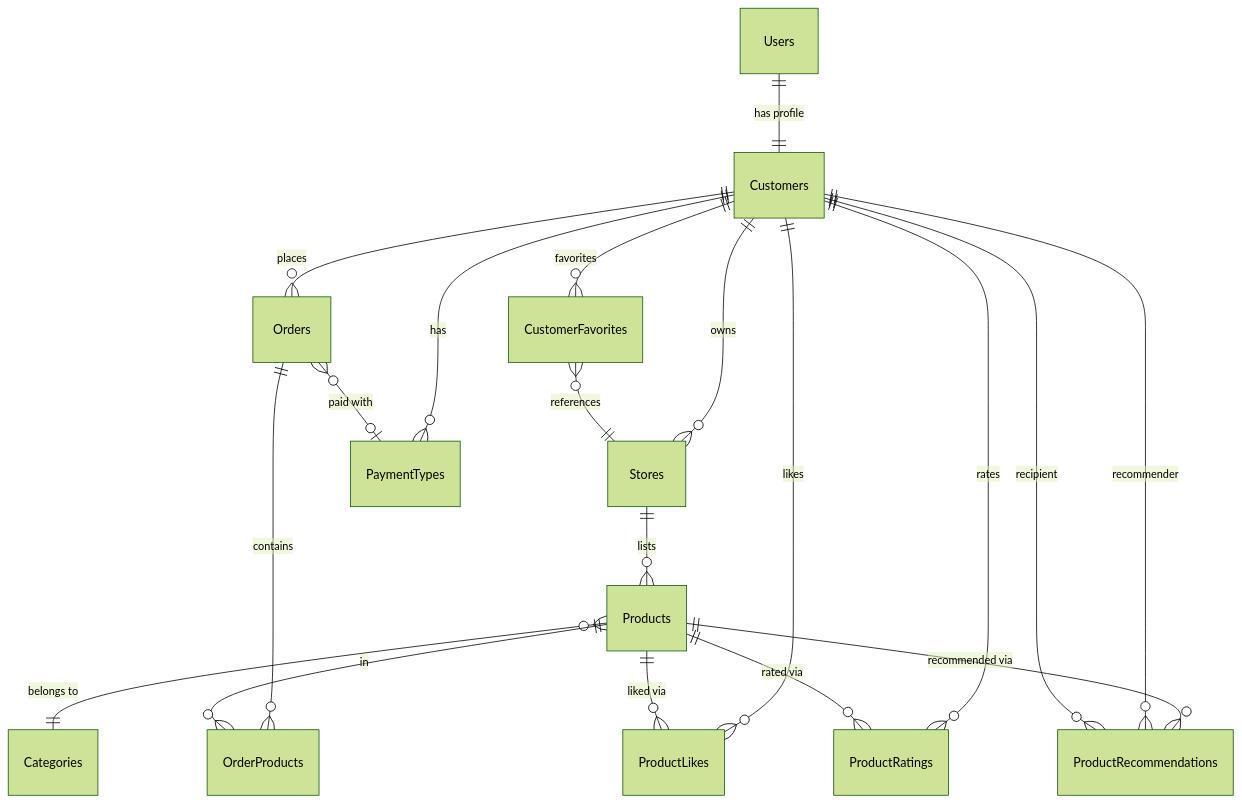
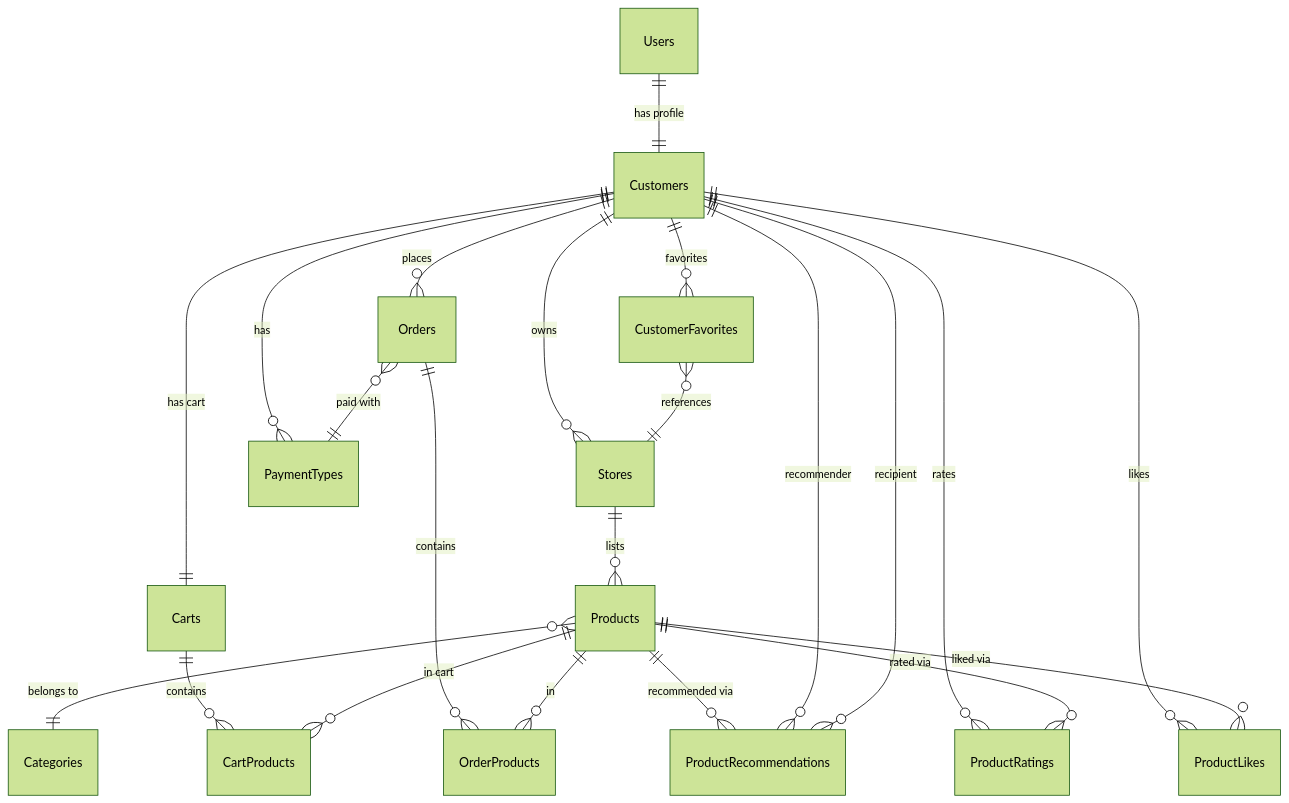
The second of 2 diagrams in dev-docs/ARCHITECTURE.md (Evening-Cohort-31/Bangazon-client-kmwmvp), drawn with Mermaid (forest theme) before and after one commit. The commit also changed other lines of this file and 5 other files, not shown here.

````diff
--- a/dev-docs/ARCHITECTURE.md
+++ b/dev-docs/ARCHITECTURE.md
@@ -127,21 +127,24 @@
 ```mermaid
 erDiagram
     Users ||--|| Customers : "has profile"
     Customers ||--o{ Stores : "owns"
+    Customers ||--|| Carts : "has cart"
     Customers ||--o{ Orders : "places"
     Customers ||--o{ PaymentTypes : "has"
     Customers ||--o{ CustomerFavorites : "favorites"
     Customers ||--o{ ProductLikes : "likes"
     Customers ||--o{ ProductRatings : "rates"
     Stores ||--o{ Products : "lists"
     Products }o--|| Categories : "belongs to"
+    Carts ||--o{ CartProducts : "contains"
+    Products ||--o{ CartProducts : "in cart"
     Orders ||--o{ OrderProducts : "contains"
     Products ||--o{ OrderProducts : "in"
-    Orders }o--o| PaymentTypes : "paid with"
+    Orders }o--|| PaymentTypes : "paid with"
     Products ||--o{ ProductRecommendations : "recommended via"
     Products ||--o{ ProductRatings : "rated via"
     Products ||--o{ ProductLikes : "liked via"
     CustomerFavorites }o--|| Stores : "references"
     ProductRecommendations }o--|| Customers : "recommender"
     ProductRecommendations }o--|| Customers : "recipient"
 ```
````
